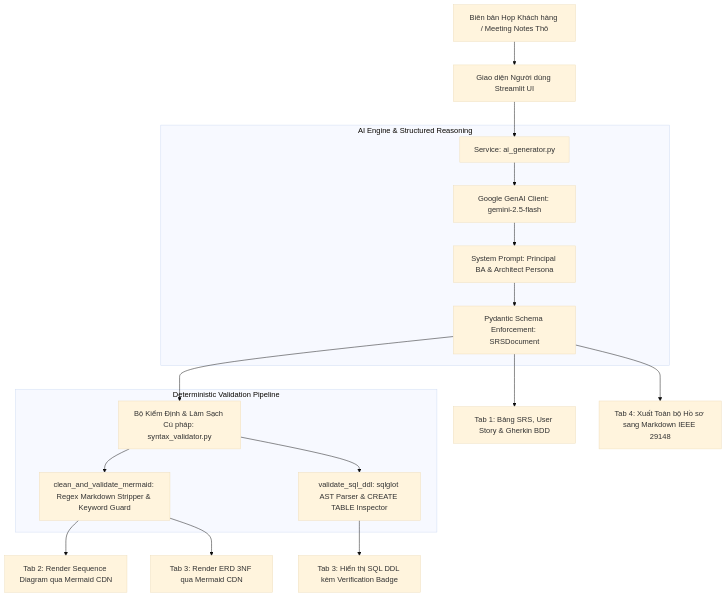
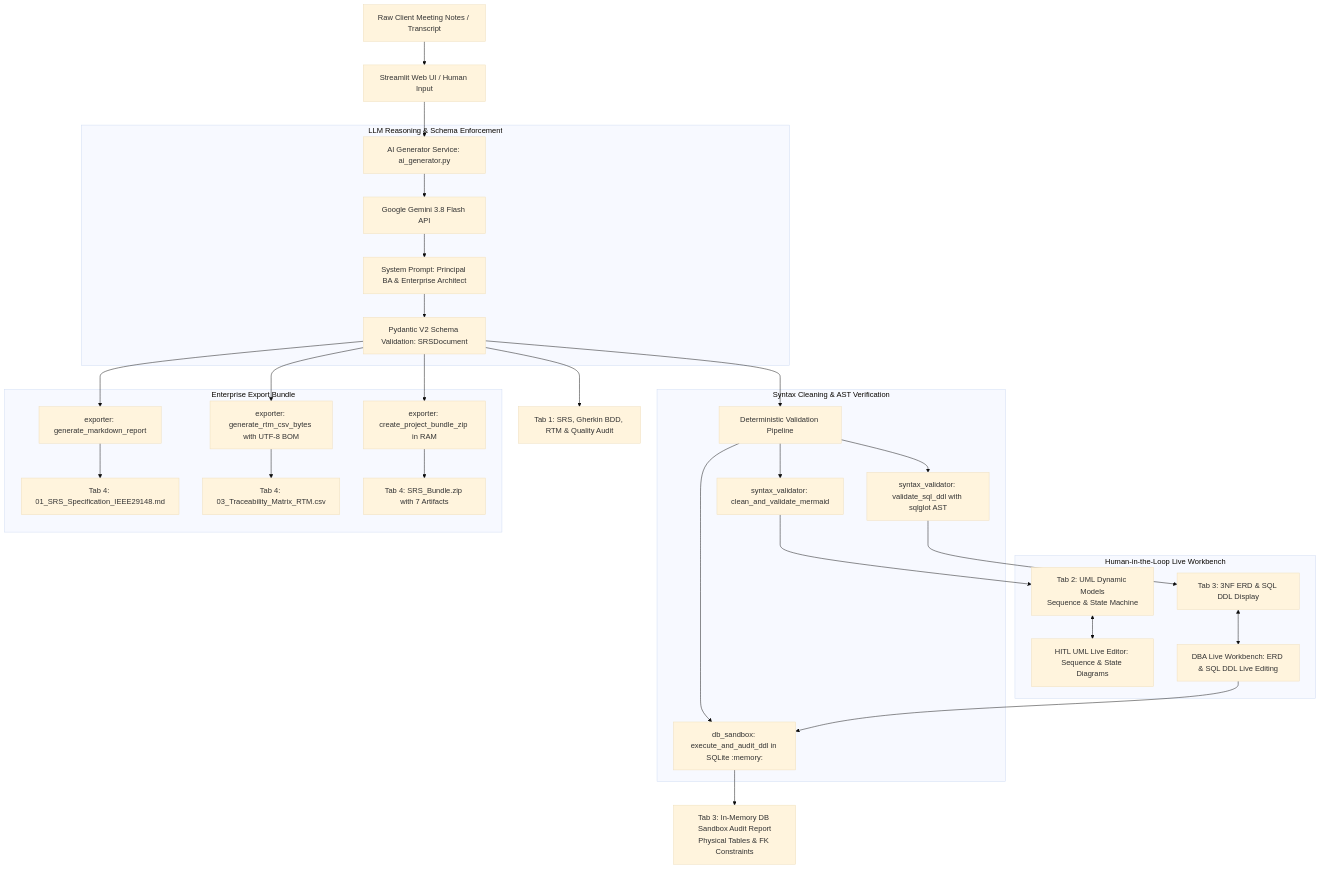
The diagram in README.md (daongochan/ba-srs-uml-copilot), drawn with Mermaid (base theme) before and after one commit. The commit also changed other lines of this file and 1 other file, not shown here.

Commit message:
feat(ci-docs): add GitHub Actions CI workflow and comprehensive enterprise-grade README.md

````diff
--- a/README.md
+++ b/README.md
@@ -29,24 +53,39 @@
 ```mermaid
 flowchart TD
-    A[Biên bản Họp Khách hàng / Meeting Notes Thô] --> B[Giao diện Người dùng Streamlit UI]
-    B --> C[Service: ai_generator.py]
-    
-    subgraph AI Engine & Structured Reasoning
-        C --> D[Google GenAI Client: gemini-2.5-flash]
-        D --> E[System Prompt: Principal BA & Architect Persona]
-        E --> F[Pydantic Schema Enforcement: SRSDocument]
+    A[Raw Client Meeting Notes / Transcript] --> B[Streamlit Web UI / Human Input]
+    B --> C[AI Generator Service: ai_generator.py]
+
+    subgraph LLM Reasoning & Schema Enforcement
+        C --> D[Google Gemini 3.8 Flash API]
+        D --> E[System Prompt: Principal BA & Enterprise Architect]
+        E --> F[Pydantic V2 Schema Validation: SRSDocument]
     end
 
-    F --> G[Bộ Kiểm Định & Làm Sạch Cú pháp: syntax_validator.py]
-    
-    subgraph Deterministic Validation Pipeline
-        G --> H[clean_and_validate_mermaid: Regex Markdown Stripper & Keyword Guard]
-        G --> I[validate_sql_ddl: sqlglot AST Parser & CREATE TABLE Inspector]
+    F --> G[Deterministic Validation Pipeline]
+
+    subgraph Syntax Cleaning & AST Verification
+        G --> H[syntax_validator: clean_and_validate_mermaid]
+        G --> I[syntax_validator: validate_sql_ddl with sqlglot AST]
+        G --> J[db_sandbox: execute_and_audit_ddl in SQLite :memory:]
     end
 
-    H --> J[Tab 2: Render Sequence Diagram qua Mermaid CDN]
-    H --> K[Tab 3: Render ERD 3NF qua Mermaid CDN]
-    I --> L[Tab 3: Hiển thị SQL DDL kèm Verification Badge]
-    F --> M[Tab 1: Bảng SRS, User Story & Gherkin BDD]
-    F --> N[Tab 4: Xuất Toàn bộ Hồ sơ sang Markdown IEEE 29148]
+    H --> K[Tab 2: UML Dynamic Models\nSequence & State Machine]
+    I --> L[Tab 3: 3NF ERD & SQL DDL Display]
+    J --> M[Tab 3: In-Memory DB Sandbox Audit Report\nPhysical Tables & FK Constraints]
+    F --> N[Tab 1: SRS, Gherkin BDD, RTM & Quality Audit]
+
+    subgraph Human-in-the-Loop Live Workbench
+        K <--> O[HITL UML Live Editor: Sequence & State Diagrams]
+        L <--> P[DBA Live Workbench: ERD & SQL DDL Live Editing]
+        P --> J
+    end
+
+    subgraph Enterprise Export Bundle
+        F --> Q[exporter: generate_markdown_report]
+        F --> R[exporter: generate_rtm_csv_bytes with UTF-8 BOM]
+        F --> S[exporter: create_project_bundle_zip in RAM]
+        Q --> T[Tab 4: 01_SRS_Specification_IEEE29148.md]
+        R --> U[Tab 4: 03_Traceability_Matrix_RTM.csv]
+        S --> V[Tab 4: SRS_Bundle.zip with 7 Artifacts]
+    end
 ```
````
